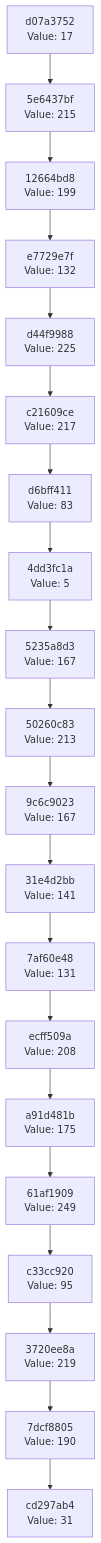
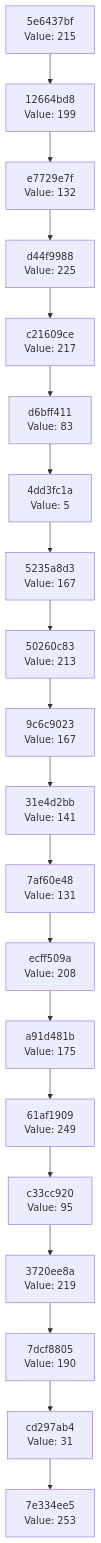
The diagram in docs/CHAIN_VISUALIZATION.md (Abhisheksinha1506/hash-chain-evolver), drawn with Mermaid before and after one commit. The commit also changed 2 other files, not shown here.

Commit message:
Evolution Step

````diff
--- a/docs/CHAIN_VISUALIZATION.md
+++ b/docs/CHAIN_VISUALIZATION.md
@@ -3,42 +3,42 @@
 ```mermaid
 graph TD
-    C0["cd297ab4<br/>Value: 31"]
-    C1["7dcf8805<br/>Value: 190"]
+    C0["7e334ee5<br/>Value: 253"]
+    C1["cd297ab4<br/>Value: 31"]
     C1 --> C0
-    C2["3720ee8a<br/>Value: 219"]
+    C2["7dcf8805<br/>Value: 190"]
     C2 --> C1
-    C3["c33cc920<br/>Value: 95"]
+    C3["3720ee8a<br/>Value: 219"]
     C3 --> C2
-    C4["61af1909<br/>Value: 249"]
+    C4["c33cc920<br/>Value: 95"]
     C4 --> C3
-    C5["a91d481b<br/>Value: 175"]
+    C5["61af1909<br/>Value: 249"]
     C5 --> C4
-    C6["ecff509a<br/>Value: 208"]
+    C6["a91d481b<br/>Value: 175"]
     C6 --> C5
-    C7["7af60e48<br/>Value: 131"]
+    C7["ecff509a<br/>Value: 208"]
     C7 --> C6
-    C8["31e4d2bb<br/>Value: 141"]
+    C8["7af60e48<br/>Value: 131"]
     C8 --> C7
-    C9["9c6c9023<br/>Value: 167"]
+    C9["31e4d2bb<br/>Value: 141"]
     C9 --> C8
-    C10["50260c83<br/>Value: 213"]
+    C10["9c6c9023<br/>Value: 167"]
     C10 --> C9
-    C11["5235a8d3<br/>Value: 167"]
+    C11["50260c83<br/>Value: 213"]
     C11 --> C10
-    C12["4dd3fc1a<br/>Value: 5"]
+    C12["5235a8d3<br/>Value: 167"]
     C12 --> C11
-    C13["d6bff411<br/>Value: 83"]
+    C13["4dd3fc1a<br/>Value: 5"]
     C13 --> C12
-    C14["c21609ce<br/>Value: 217"]
+    C14["d6bff411<br/>Value: 83"]
     C14 --> C13
-    C15["d44f9988<br/>Value: 225"]
+    C15["c21609ce<br/>Value: 217"]
     C15 --> C14
-    C16["e7729e7f<br/>Value: 132"]
+    C16["d44f9988<br/>Value: 225"]
     C16 --> C15
-    C17["12664bd8<br/>Value: 199"]
+    C17["e7729e7f<br/>Value: 132"]
     C17 --> C16
-    C18["5e6437bf<br/>Value: 215"]
+    C18["12664bd8<br/>Value: 199"]
     C18 --> C17
-    C19["d07a3752<br/>Value: 17"]
+    C19["5e6437bf<br/>Value: 215"]
     C19 --> C18
 ```
````
